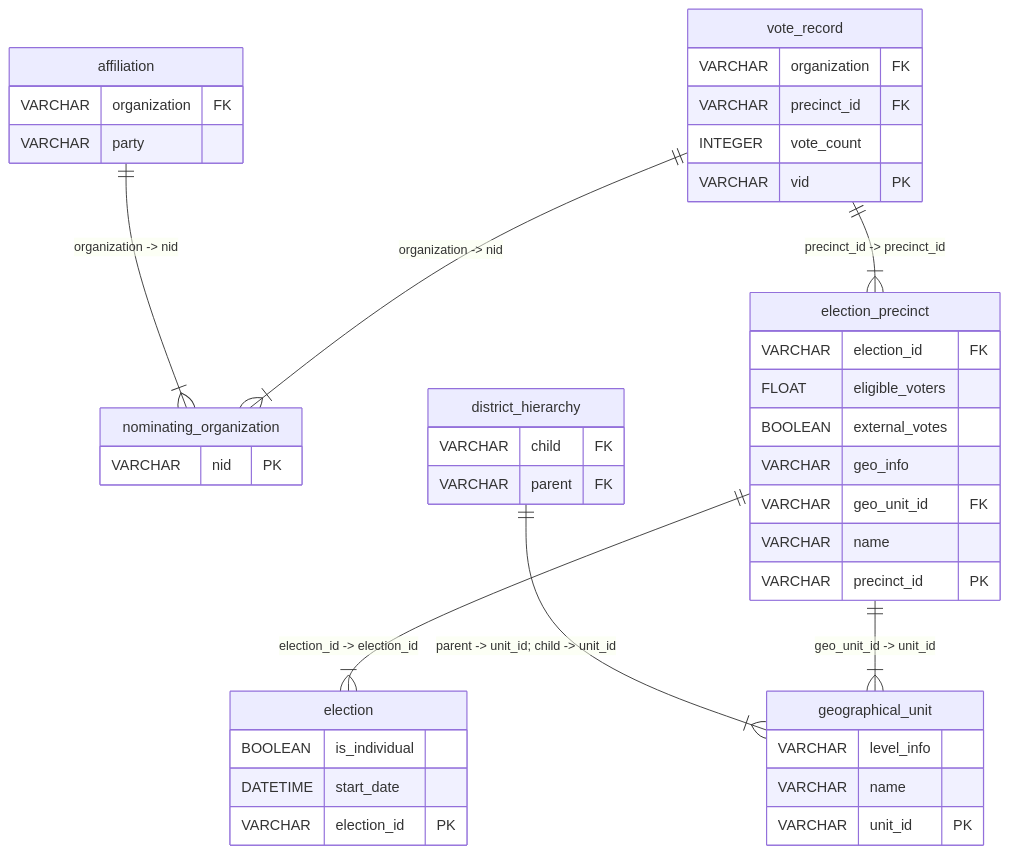
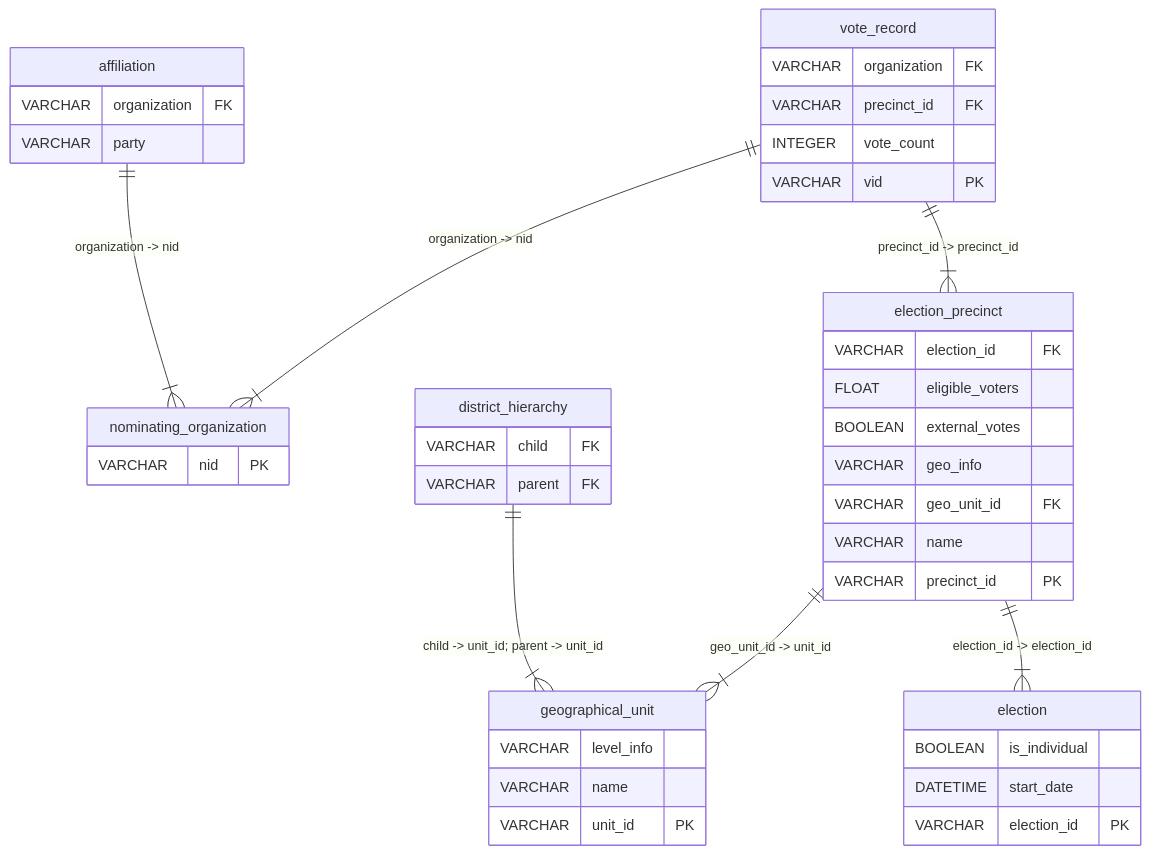
One commit to papsebestyen/explorer changed the diagram in _sources/dataset-pages/hungarian_elections.md. Above: the diagram before and after it, drawn with Mermaid. The commit also changed other lines of this file and 28 other files, not shown here.

````diff
--- a/_sources/dataset-pages/hungarian_elections.md
+++ b/_sources/dataset-pages/hungarian_elections.md
@@ -22,45 +22,45 @@
 ```{mermaid}
 erDiagram
   affiliation {    
     VARCHAR organization FK     
     VARCHAR party  
   }
   nominating_organization {    
     VARCHAR nid PK 
   }
   district_hierarchy {    
     VARCHAR child FK     
     VARCHAR parent FK 
   }
   geographical_unit {    
     VARCHAR level_info      
     VARCHAR name      
     VARCHAR unit_id PK 
   }
   election {    
     BOOLEAN is_individual      
     DATETIME start_date      
     VARCHAR election_id PK 
   }
   election_precinct {    
     VARCHAR election_id FK     
     FLOAT eligible_voters      
     BOOLEAN external_votes      
     VARCHAR geo_info      
     VARCHAR geo_unit_id FK     
     VARCHAR name      
     VARCHAR precinct_id PK 
   }
   vote_record {    
     VARCHAR organization FK     
     VARCHAR precinct_id FK     
     INTEGER vote_count      
     VARCHAR vid PK 
   }
   affiliation ||--|{ nominating_organization : "organization -> nid"
-  district_hierarchy ||--|{ geographical_unit : "parent -> unit_id; child -> unit_id"
+  district_hierarchy ||--|{ geographical_unit : "child -> unit_id; parent -> unit_id"
+  election_precinct ||--|{ geographical_unit : "geo_unit_id -> unit_id"
   election_precinct ||--|{ election : "election_id -> election_id"
-  election_precinct ||--|{ geographical_unit : "geo_unit_id -> unit_id"
   vote_record ||--|{ nominating_organization : "organization -> nid"
   vote_record ||--|{ election_precinct : "precinct_id -> precinct_id"
 ```
````
